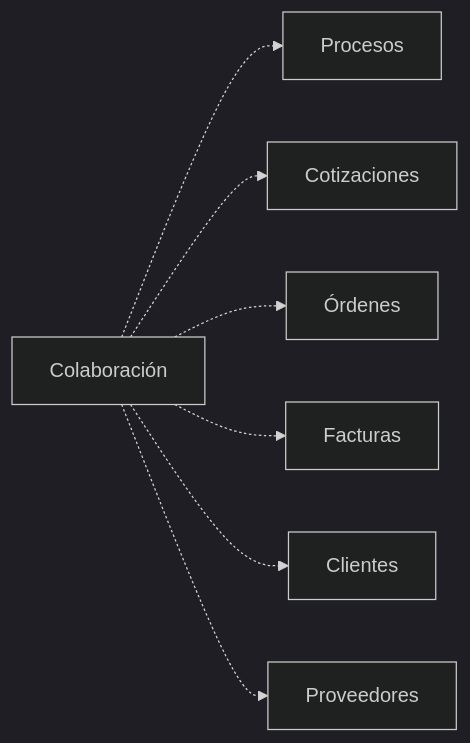
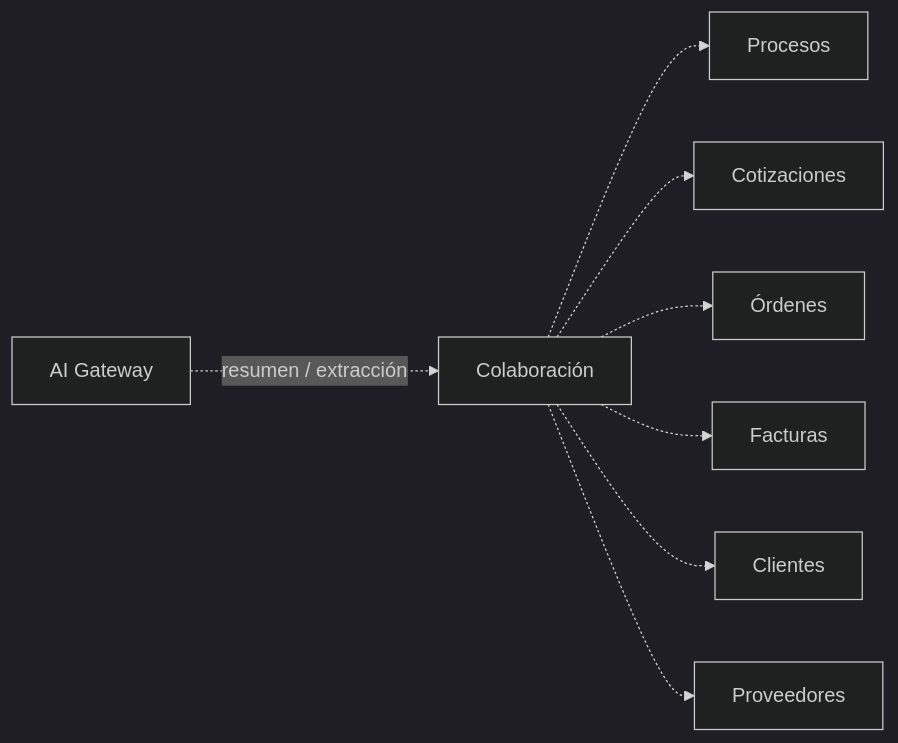
One commit to Ahcast/Bastion changed the diagram in bluehost/backend/app/Modules/Collaboration/LINEAMIENTOS.md. Above: the diagram before and after it, drawn with Mermaid (dark theme). The commit also changed other lines of this file, not shown here.

````diff
--- a/bluehost/backend/app/Modules/Collaboration/LINEAMIENTOS.md
+++ b/bluehost/backend/app/Modules/Collaboration/LINEAMIENTOS.md
@@ -128,9 +128,10 @@
 ```mermaid
 flowchart LR
     C[Colaboración] -.-> P[Procesos]
     C -.-> Q[Cotizaciones]
     C -.-> O[Órdenes]
     C -.-> F[Facturas]
     C -.-> CL[Clientes]
     C -.-> S[Proveedores]
+    AI[AI Gateway] -. resumen / extracción .-> C
 ```
````
